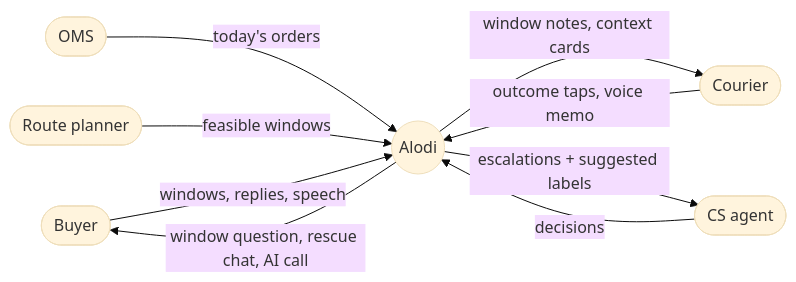
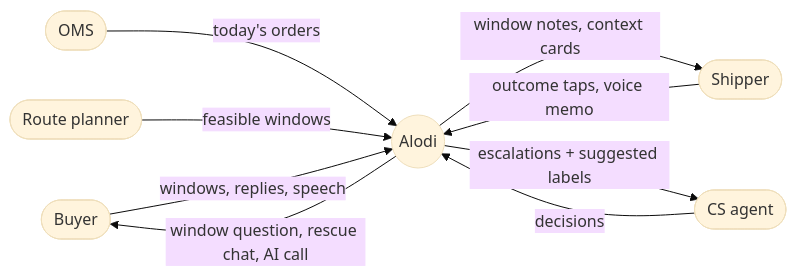
Diagram 13 of 18 in prep/02-technical/PRD.md (BennedictQuanTon/Alodi-Regional-Codex-Hackathon-2026), drawn with Mermaid (base theme) before and after one commit. The commit also changed other lines of this file and 84 other files, not shown here.

````diff
--- a/prep/02-technical/PRD.md
+++ b/prep/02-technical/PRD.md
@@ -1627,18 +1627,18 @@
 ```mermaid
 flowchart LR
   B(["Buyer"])
-  C(["Courier"])
+  C(["Shipper"])
   CS(["CS agent"])
   RP(["Route planner"])
   OMS(["OMS"])
   A(("Alodi"))
 
   OMS -- "today's orders" --> A
   RP -- "feasible windows" --> A
   A -- "window question, rescue chat, AI call" --> B
   B -- "windows, replies, speech" --> A
   C -- "outcome taps, voice memo" --> A
   A -- "window notes, context cards" --> C
   A -- "escalations + suggested labels" --> CS
   CS -- "decisions" --> A
 ```
````
